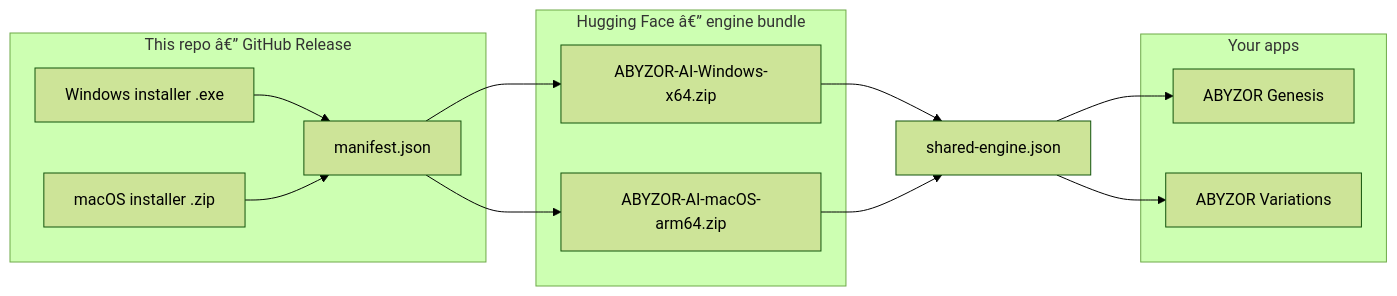
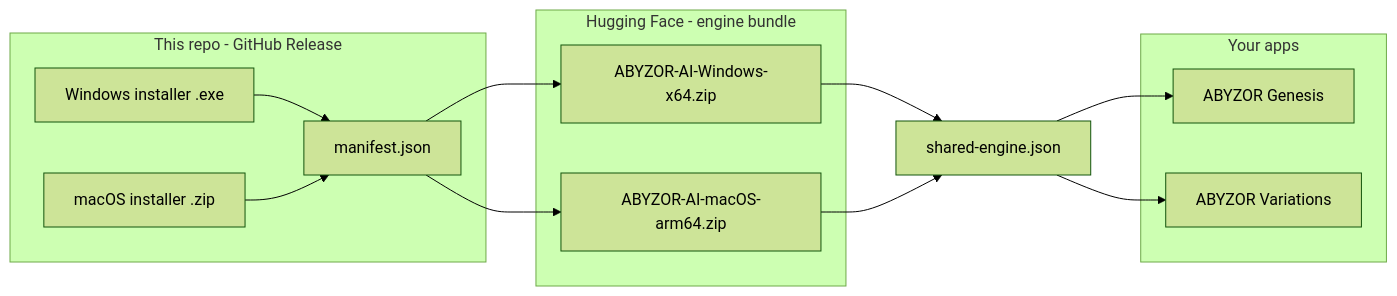
Before and after one commit to abyzor/abyzor-ai-module: the diagram in README.md, drawn with Mermaid (forest theme). The commit also changed other lines of this file, not shown here.

Commit message:
Fix README punctuation for plain ASCII (avoid mojibake on GitHub)

````diff
--- a/README.md
+++ b/README.md
@@ -31,24 +31,24 @@
 ```mermaid
 flowchart LR
-  subgraph github [This repo â€” GitHub Release]
+  subgraph github [This repo - GitHub Release]
     Exe[Windows installer .exe]
     MacZip[macOS installer .zip]
     Man[manifest.json]
   end
-  subgraph hf [Hugging Face â€” engine bundle]
+  subgraph hf [Hugging Face - engine bundle]
     WinEng[ABYZOR-AI-Windows-x64.zip]
     MacEng[ABYZOR-AI-macOS-arm64.zip]
   end
   subgraph host [Your apps]
     Gen[ABYZOR Genesis]
     Var[ABYZOR Variations]
   end
   Exe --> Man
   MacZip --> Man
   Man --> WinEng
   Man --> MacEng
   WinEng --> Reg[shared-engine.json]
   MacEng --> Reg
   Reg --> Gen
   Reg --> Var
 ```
````
